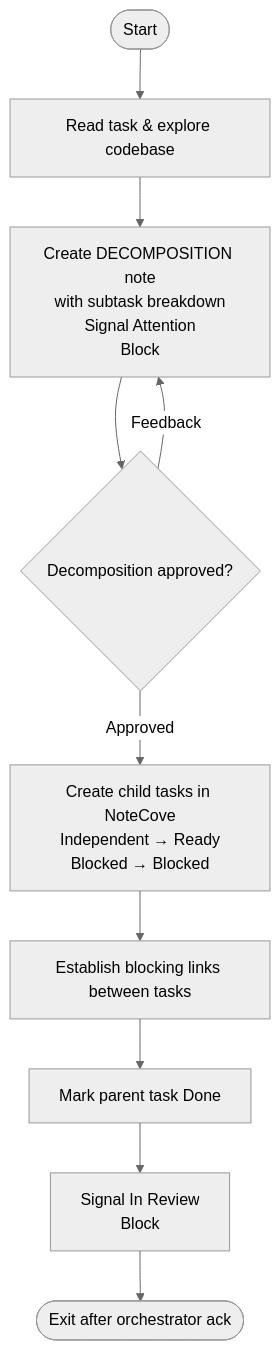
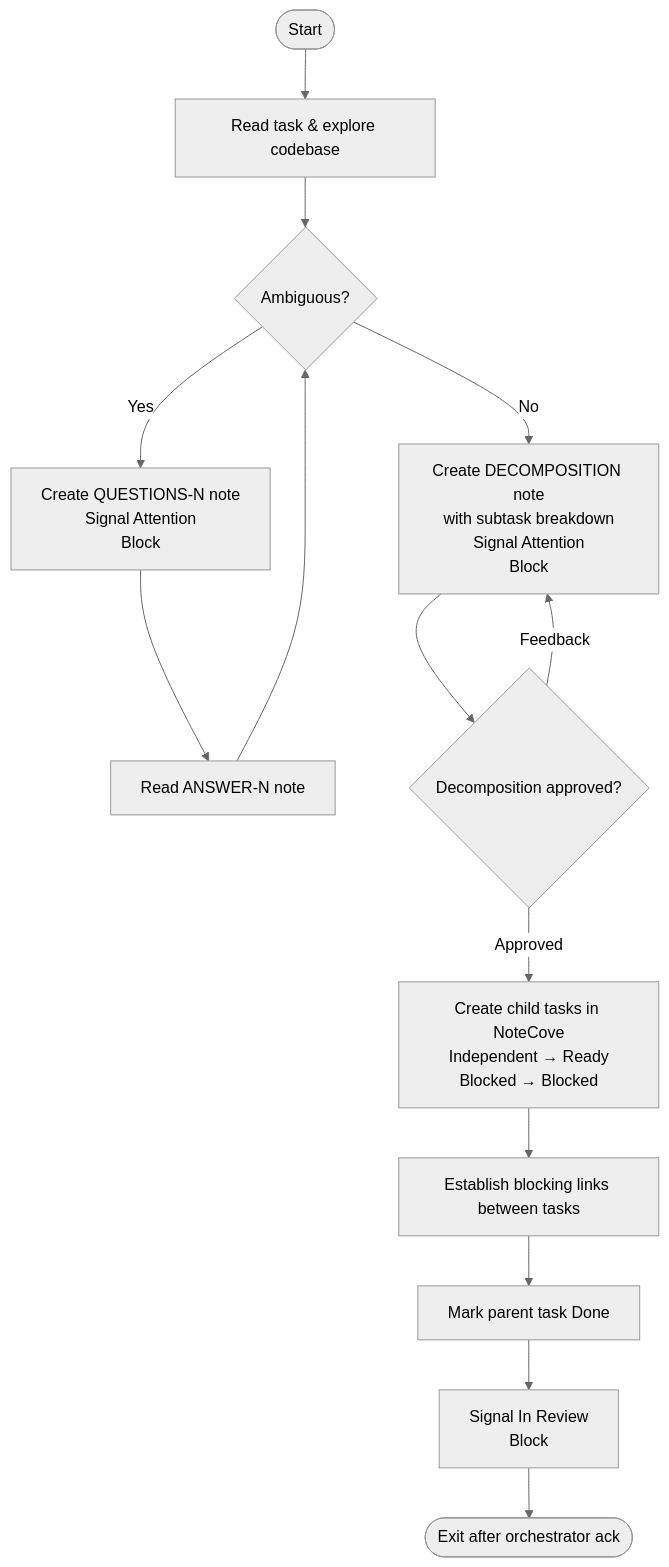
Before and after one commit to gara2000/agentmesh: the sixth of 11 diagrams in docs/agentic-workflow.md, drawn with Mermaid (neutral theme). The commit also changed other lines of this file, not shown here.

Commit message:
docs: add Won't Do state, planner questions, inline answering [WORK-3zw]
- Add Won't Do task state to state diagram and states table
- Show that planner can ask questions (like normal worker) before
  proposing a decomposition
- Document inline question answering in QUESTIONS notes

````diff
--- a/docs/agentic-workflow.md
+++ b/docs/agentic-workflow.md
@@ -135,12 +140,16 @@
 ```mermaid
 flowchart TD
     A([Start]) --> B[Read task & explore codebase]
-    B --> C[Create DECOMPOSITION note\nwith subtask breakdown\nSignal Attention\nBlock]
-    C --> D{Decomposition approved?}
-    D -->|Feedback| C
-    D -->|Approved| E[Create child tasks in NoteCove\nIndependent → Ready\nBlocked → Blocked]
-    E --> F[Establish blocking links between tasks]
-    F --> G[Mark parent task Done]
-    G --> H[Signal In Review\nBlock]
-    H --> I([Exit after orchestrator ack])
+    B --> C{Ambiguous?}
+    C -->|Yes| Q[Create QUESTIONS-N note\nSignal Attention\nBlock]
+    Q --> R[Read ANSWER-N note]
+    R --> C
+    C -->|No| D[Create DECOMPOSITION note\nwith subtask breakdown\nSignal Attention\nBlock]
+    D --> E{Decomposition approved?}
+    E -->|Feedback| D
+    E -->|Approved| F[Create child tasks in NoteCove\nIndependent → Ready\nBlocked → Blocked]
+    F --> G[Establish blocking links between tasks]
+    G --> H[Mark parent task Done]
+    H --> I[Signal In Review\nBlock]
+    I --> J([Exit after orchestrator ack])
 ```
````
